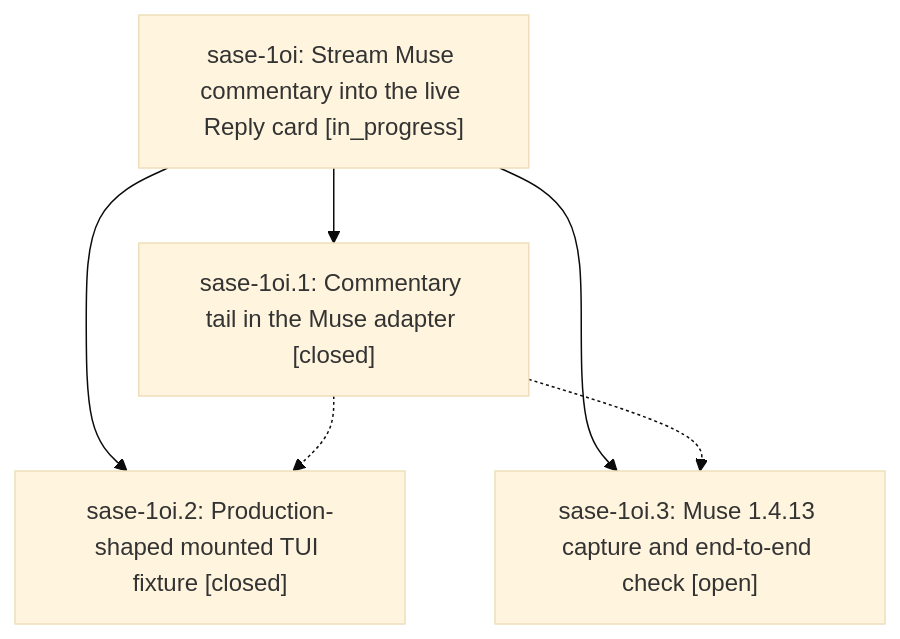
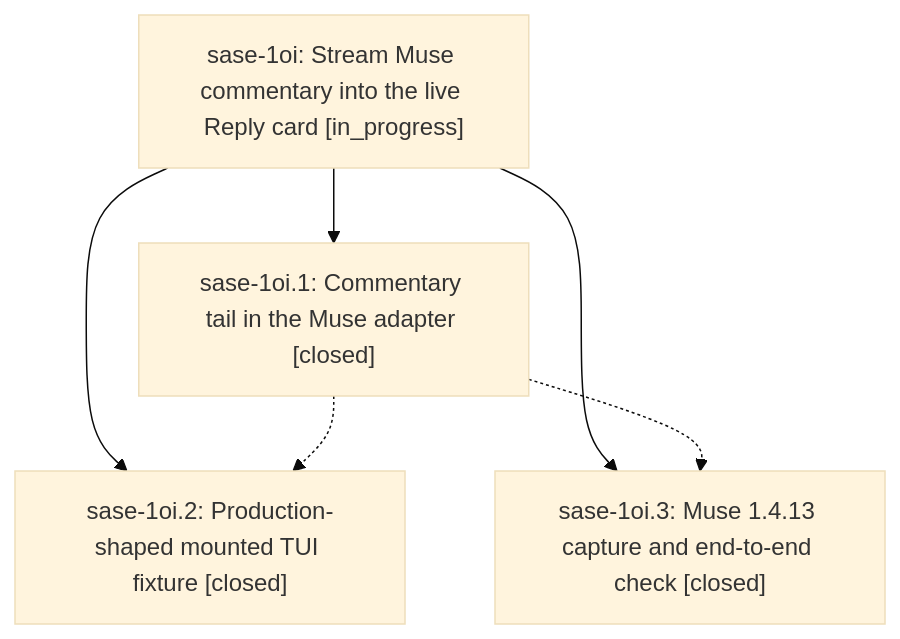
The diagram in pages/sase-1oi/README.md (sase-org/sase--beads), drawn with Mermaid (base theme) before and after one commit. The commit also changed other lines of this file and 2 other files, not shown here.

First line of the commit message:
chore(beads): sync bead state and pages for sase-1oi

````diff
--- a/pages/sase-1oi/README.md
+++ b/pages/sase-1oi/README.md
@@ -38,12 +38,12 @@
 ```mermaid
 flowchart TD
     n0["sase-1oi: Stream Muse commentary into the live Reply card [in_progress]"]
     n1["sase-1oi.1: Commentary tail in the Muse adapter [closed]"]
     n2["sase-1oi.2: Production-shaped mounted TUI fixture [closed]"]
-    n3["sase-1oi.3: Muse 1.4.13 capture and end-to-end check [open]"]
+    n3["sase-1oi.3: Muse 1.4.13 capture and end-to-end check [closed]"]
     n0 --> n1
     n0 --> n2
     n0 --> n3
     n1 -.-> n2
     n1 -.-> n3
 ```
````
